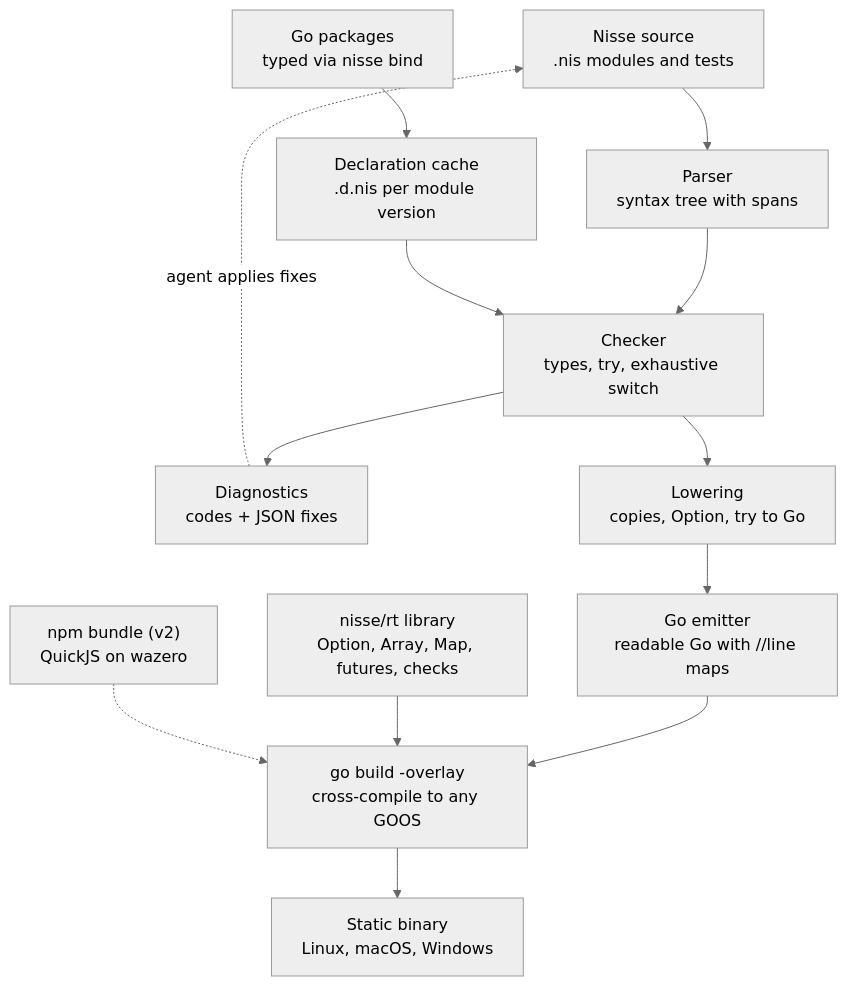
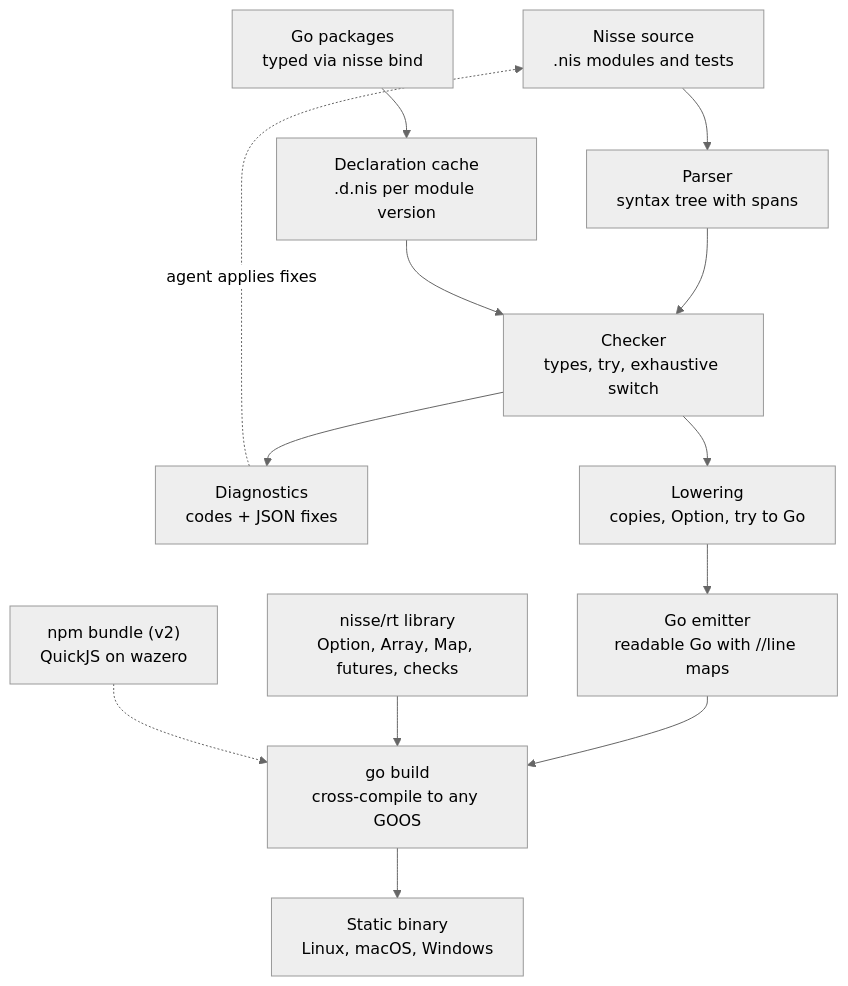
The diagram in docs/PRD.md (howlerops/nisse), drawn with Mermaid (neutral theme) before and after one commit. The commit also changed other lines of this file and 22 other files, not shown here.

````diff
--- a/docs/PRD.md
+++ b/docs/PRD.md
@@ -371,15 +391,15 @@
 ```mermaid
 flowchart TB
     src["Nisse source<br/>.nis modules and tests"] --> parser["Parser<br/>syntax tree with spans"]
     parser --> checker["Checker<br/>types, try, exhaustive switch"]
     gopkg["Go packages<br/>typed via nisse bind"] --> cache["Declaration cache<br/>.d.nis per module version"]
     cache --> checker
     checker --> diag["Diagnostics<br/>codes + JSON fixes"]
     diag -. "agent applies fixes" .-> src
     checker --> lower["Lowering<br/>copies, Option, try to Go"]
     lower --> emit["Go emitter<br/>readable Go with //line maps"]
-    emit --> build["go build -overlay<br/>cross-compile to any GOOS"]
+    emit --> build["go build<br/>cross-compile to any GOOS"]
     rt["nisse/rt library<br/>Option, Array, Map, futures, checks"] --> build
     npm["npm bundle (v2)<br/>QuickJS on wazero"] -.-> build
     build --> bin["Static binary<br/>Linux, macOS, Windows"]
 ```
````
